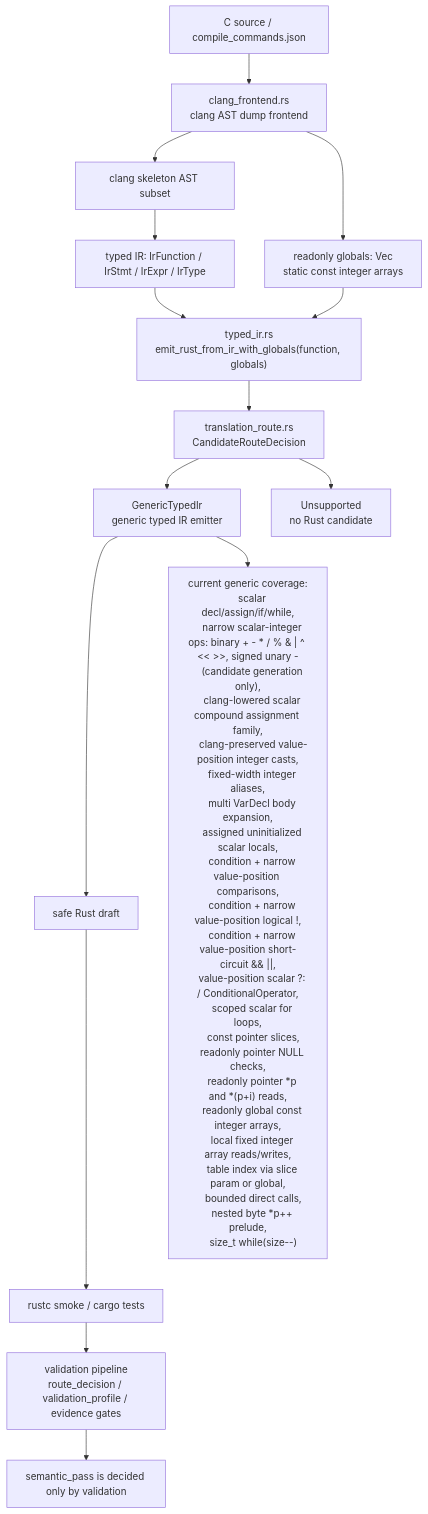
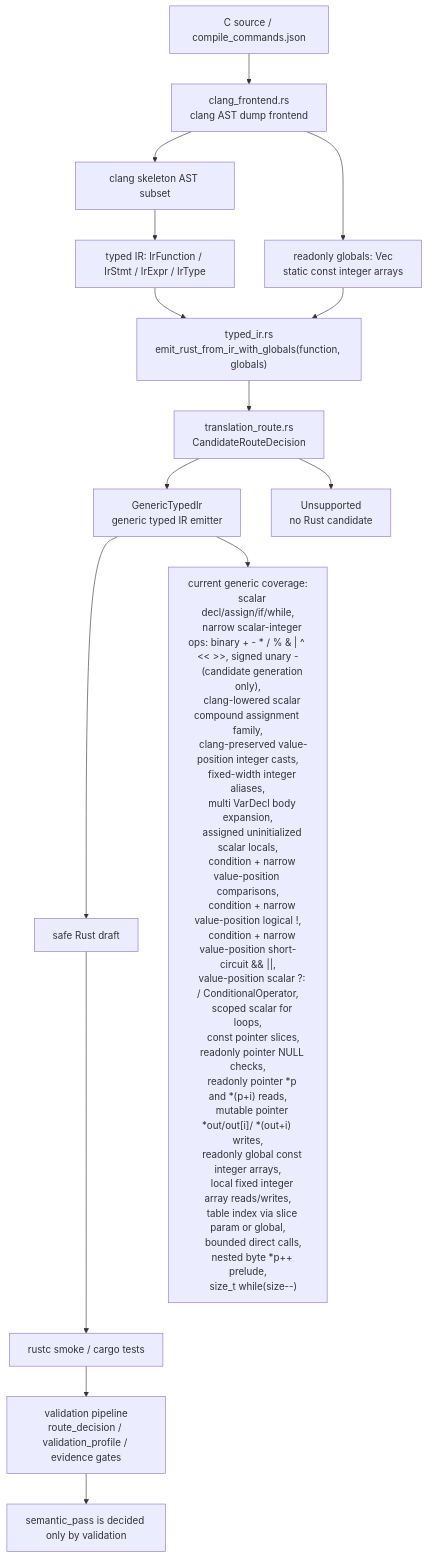
One commit to guoqihan342-svg/c-to-rust changed the diagram in docs/c2rust-migration-agent/core-translation-architecture.en.md. Above: the diagram before and after it, drawn with Mermaid. The commit also changed other lines of this file and 26 other files, not shown here.

Commit message:
Add typed IR mutable pointer output writes

````diff
--- a/docs/c2rust-migration-agent/core-translation-architecture.en.md
+++ b/docs/c2rust-migration-agent/core-translation-architecture.en.md
@@ -7,40 +7,41 @@
 ```mermaid
 flowchart TD
     C["C source / compile_commands.json"] --> Clang["clang_frontend.rs<br/>clang AST dump frontend"]
     Clang --> Skeleton["clang skeleton AST subset"]
     Skeleton --> IR["typed IR: IrFunction / IrStmt / IrExpr / IrType"]
     Clang --> Globals["readonly globals: Vec<IrGlobal><br/>static const integer arrays"]
     IR --> EmitCtx["typed_ir.rs<br/>emit_rust_from_ir_with_globals(function, globals)"]
     Globals --> EmitCtx
     EmitCtx --> RouteMeta["translation_route.rs<br/>CandidateRouteDecision"]
     RouteMeta --> Generic["GenericTypedIr<br/>generic typed IR emitter"]
     RouteMeta --> Unsupported["Unsupported<br/>no Rust candidate"]
     Generic --> Rust["safe Rust draft"]
     Rust --> Rustc["rustc smoke / cargo tests"]
     Rustc --> Validation["validation pipeline<br/>route_decision / validation_profile / evidence gates"]
 
     Generic --> Supported["current generic coverage:
     scalar decl/assign/if/while,
     narrow scalar-integer ops: binary + - * / % & | ^ << >>, signed unary -
     (candidate generation only),
     clang-lowered scalar compound assignment family,
     clang-preserved value-position integer casts,
     fixed-width integer aliases,
     multi VarDecl body expansion,
     assigned uninitialized scalar locals,
     condition + narrow value-position comparisons,
     condition + narrow value-position logical !,
     condition + narrow value-position short-circuit && ||,
     value-position scalar ?: / ConditionalOperator,
     scoped scalar for loops,
     const pointer slices,
     readonly pointer NULL checks,
     readonly pointer *p and *(p+i) reads,
+    mutable pointer *out/out[i]/ *(out+i) writes,
     readonly global const integer arrays,
     local fixed integer array reads/writes,
     table index via slice param or global,
     bounded direct calls,
     nested byte *p++ prelude,
     size_t while(size--)"]
     Validation --> Semantic["semantic_pass is decided only by validation"]
 ```
````
